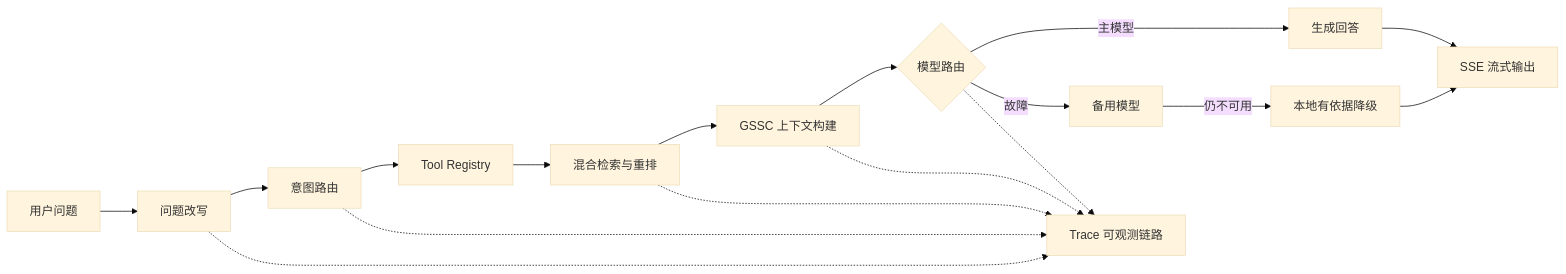
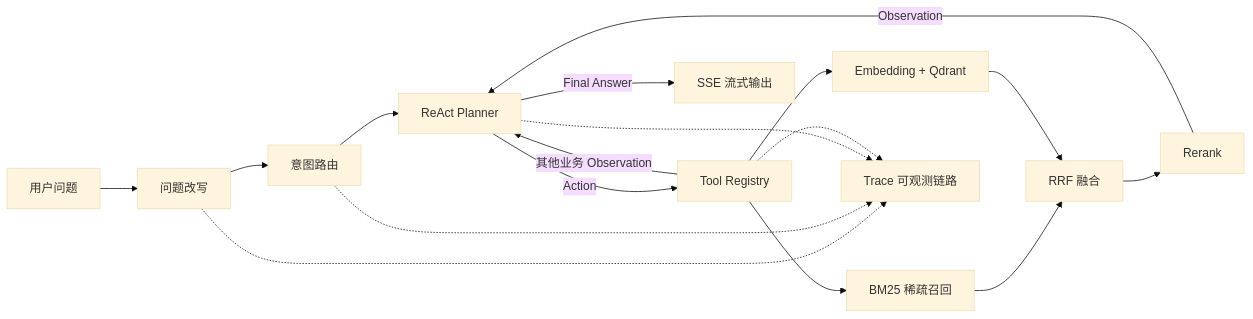
One commit to ssafdo/ai-product-assistant-rag changed the diagram in README.md. Above: the diagram before and after it, drawn with Mermaid (base theme). The commit also changed other lines of this file and 10 other files, not shown here.

````diff
--- a/README.md
+++ b/README.md
@@ -23,19 +23,19 @@
 ```mermaid
 flowchart LR
     Q[用户问题] --> RW[问题改写]
     RW --> IR[意图路由]
-    IR --> TR[Tool Registry]
-    TR --> RET[混合检索与重排]
-    RET --> CTX[GSSC 上下文构建]
-    CTX --> LLM{模型路由}
-    LLM -->|主模型| GEN[生成回答]
-    LLM -->|故障| BACKUP[备用模型]
-    BACKUP -->|仍不可用| LOCAL[本地有依据降级]
-    GEN --> SSE[SSE 流式输出]
-    LOCAL --> SSE
+    IR --> PLAN[ReAct Planner]
+    PLAN -->|Action| TR[Tool Registry]
+    TR --> BM25[BM25 稀疏召回]
+    TR --> VEC[Embedding + Qdrant]
+    BM25 --> RRF[RRF 融合]
+    VEC --> RRF
+    RRF --> RR[Rerank]
+    RR -->|Observation| PLAN
+    TR -->|其他业务 Observation| PLAN
+    PLAN -->|Final Answer| SSE[SSE 流式输出]
     RW -.-> TRACE[Trace 可观测链路]
     IR -.-> TRACE
-    RET -.-> TRACE
-    CTX -.-> TRACE
-    LLM -.-> TRACE
+    PLAN -.-> TRACE
+    TR -.-> TRACE
 ```
````
